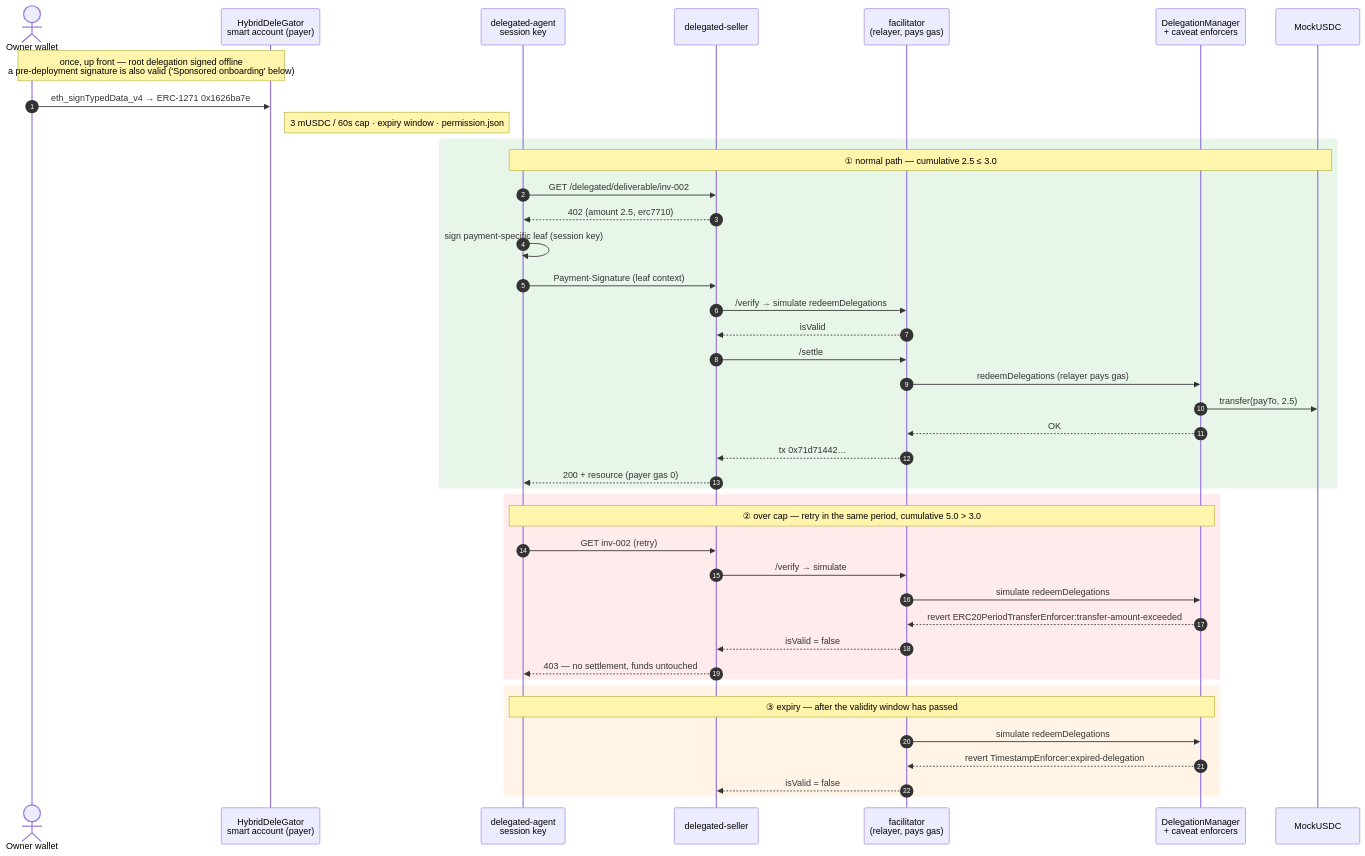
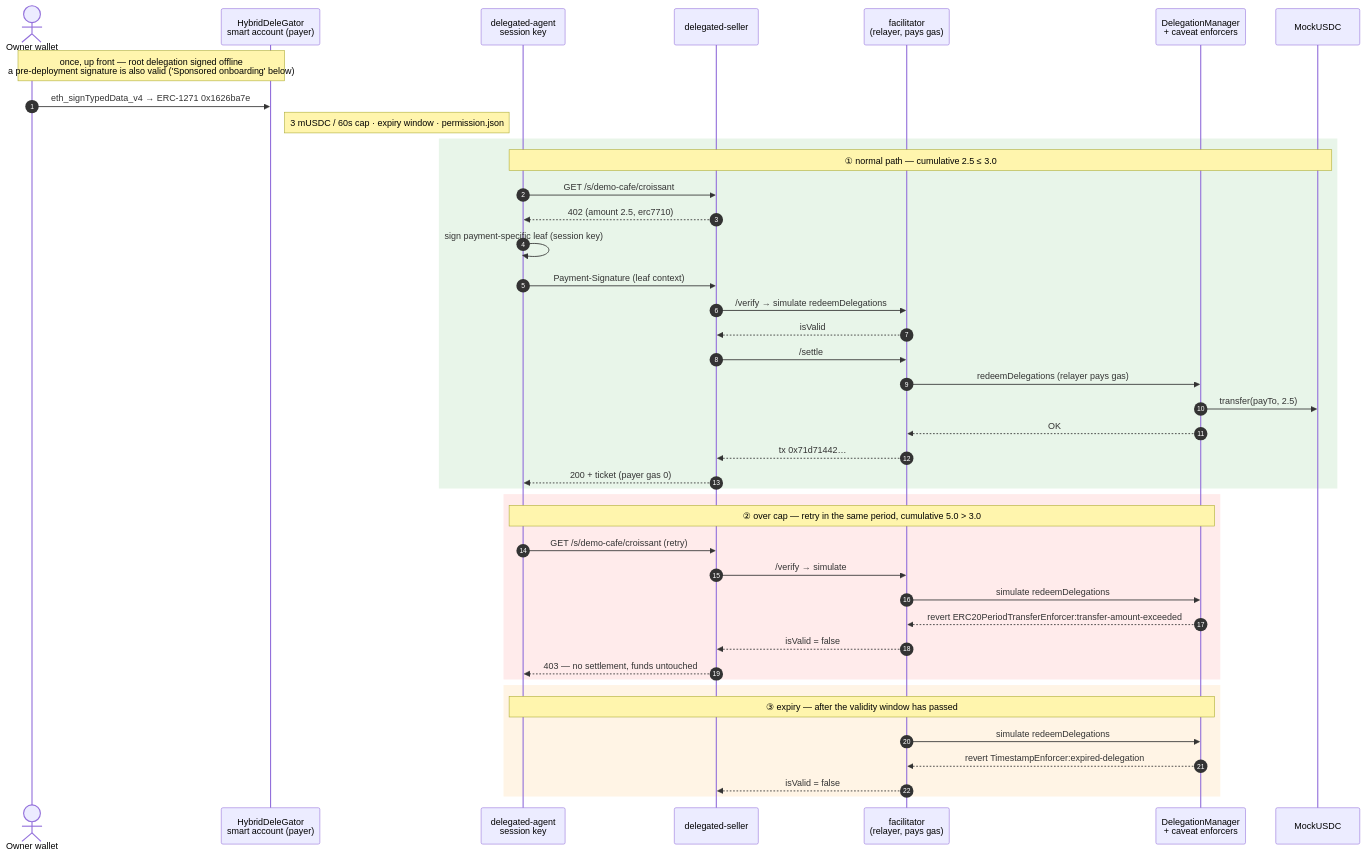
One commit to kooroot/Mapae changed the diagram in docs/tech-notes.en.md. Above: the diagram before and after it, drawn with Mermaid. The commit also changed other lines of this file and 8 other files, not shown here.

````diff
--- a/docs/tech-notes.en.md
+++ b/docs/tech-notes.en.md
@@ -85,48 +83,48 @@
 ```mermaid
 sequenceDiagram
     autonumber
     actor Owner as Owner wallet
     participant SA as HybridDeleGator<br/>smart account (payer)
     participant Agent as delegated-agent<br/>session key
     participant Seller as delegated-seller
     participant Fac as facilitator<br/>(relayer, pays gas)
     participant DM as DelegationManager<br/>+ caveat enforcers
     participant USDC as MockUSDC
 
     Note over Owner,SA: once, up front — root delegation signed offline<br/>a pre-deployment signature is also valid ('Sponsored onboarding' below)
     Owner->>SA: eth_signTypedData_v4 → ERC-1271 0x1626ba7e
     Note right of SA: 3 mUSDC / 60s cap · expiry window · permission.json
 
     rect rgb(232,245,233)
     Note over Agent,USDC: ① normal path — cumulative 2.5 ≤ 3.0
-    Agent->>Seller: GET /delegated/deliverable/inv-002
+    Agent->>Seller: GET /s/demo-cafe/croissant
     Seller-->>Agent: 402 (amount 2.5, erc7710)
     Agent->>Agent: sign payment-specific leaf (session key)
     Agent->>Seller: Payment-Signature (leaf context)
     Seller->>Fac: /verify → simulate redeemDelegations
     Fac-->>Seller: isValid
     Seller->>Fac: /settle
     Fac->>DM: redeemDelegations (relayer pays gas)
     DM->>USDC: transfer(payTo, 2.5)
     DM-->>Fac: OK
     Fac-->>Seller: tx 0x71d71442…
-    Seller-->>Agent: 200 + resource (payer gas 0)
+    Seller-->>Agent: 200 + ticket (payer gas 0)
     end
 
     rect rgb(255,235,235)
     Note over Agent,DM: ② over cap — retry in the same period, cumulative 5.0 > 3.0
-    Agent->>Seller: GET inv-002 (retry)
+    Agent->>Seller: GET /s/demo-cafe/croissant (retry)
     Seller->>Fac: /verify → simulate
     Fac->>DM: simulate redeemDelegations
     DM-->>Fac: revert ERC20PeriodTransferEnforcer:transfer-amount-exceeded
     Fac-->>Seller: isValid = false
     Seller-->>Agent: 403 — no settlement, funds untouched
     end
 
     rect rgb(255,244,229)
     Note over Agent,DM: ③ expiry — after the validity window has passed
     Fac->>DM: simulate redeemDelegations
     DM-->>Fac: revert TimestampEnforcer:expired-delegation
     Fac-->>Seller: isValid = false
     end
 ```
````
